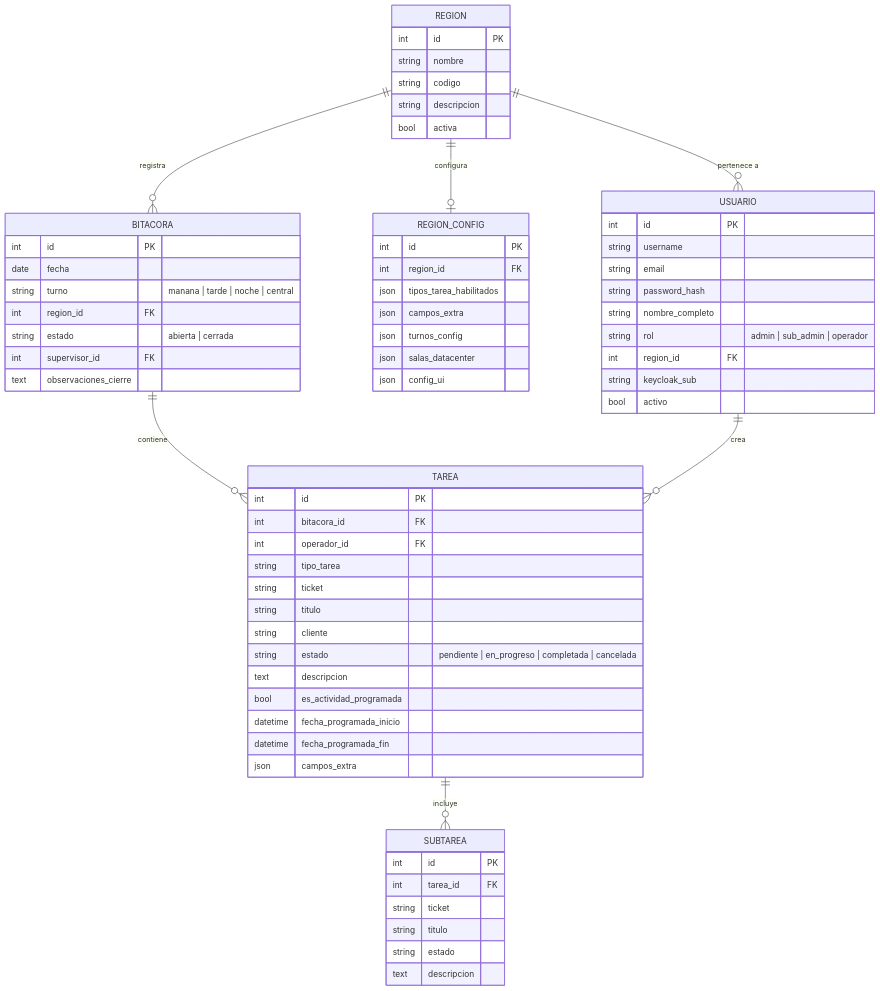
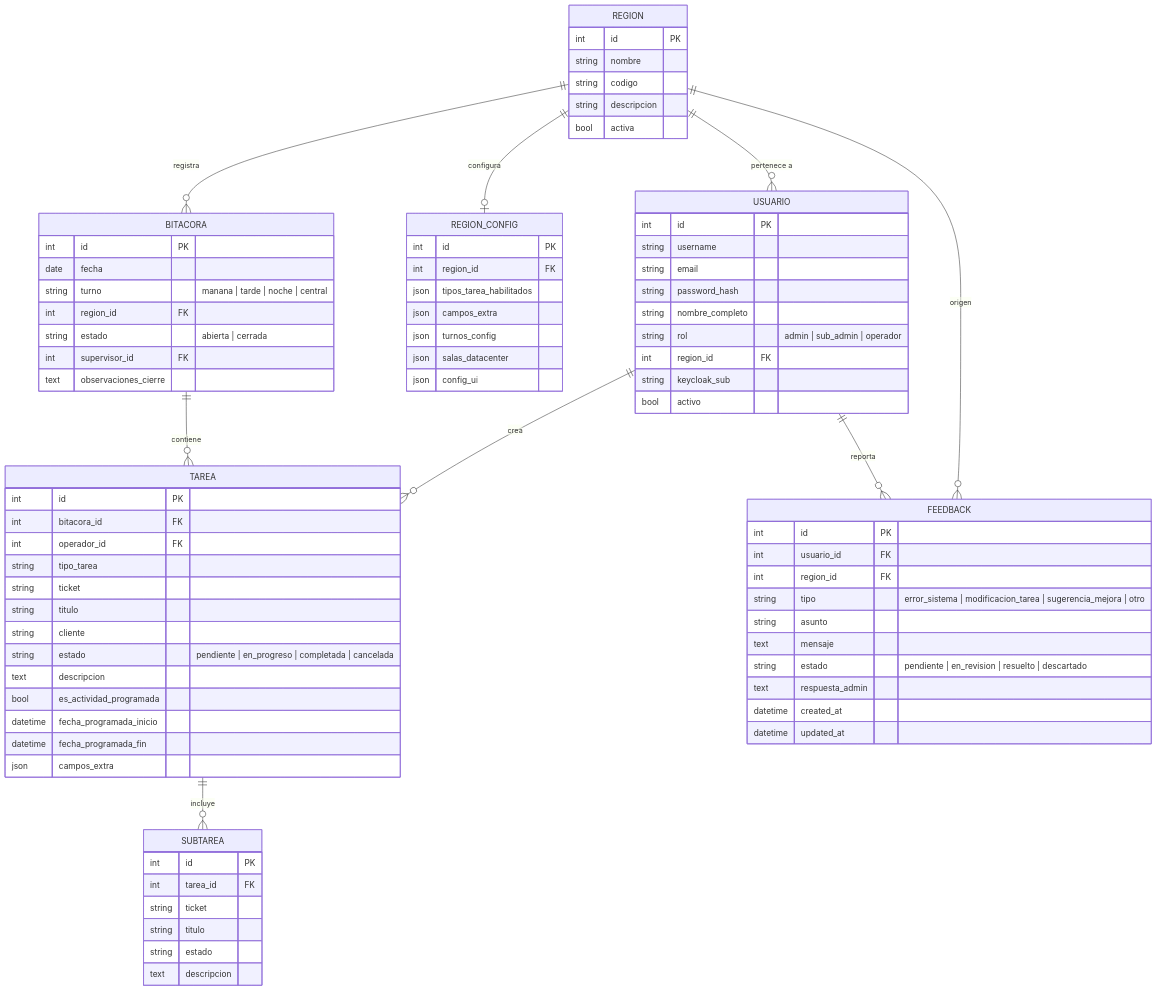
One commit to TomGarb/Bitacora_Diaria changed the diagram in IMPLEMENTATION_PLAN.md. Above: the diagram before and after it, drawn with Mermaid. The commit also changed other lines of this file and 22 other files, not shown here.

````diff
--- a/IMPLEMENTATION_PLAN.md
+++ b/IMPLEMENTATION_PLAN.md
@@ -81,6 +81,19 @@
         string estado
         text descripcion
     }
+
+    FEEDBACK {
+        int id PK
+        int usuario_id FK
+        int region_id FK
+        string tipo "error_sistema | modificacion_tarea | sugerencia_mejora | otro"
+        string asunto
+        text mensaje
+        string estado "pendiente | en_revision | resuelto | descartado"
+        text respuesta_admin
+        datetime created_at
+        datetime updated_at
+    }
     
     REGION ||--o{ USUARIO : "pertenece a"
     REGION ||--o| REGION_CONFIG : "configura"
@@ -88,4 +101,6 @@
     BITACORA ||--o{ TAREA : "contiene"
     TAREA ||--o{ SUBTAREA : "incluye"
     USUARIO ||--o{ TAREA : "crea"
+    USUARIO ||--o{ FEEDBACK : "reporta"
+    REGION ||--o{ FEEDBACK : "origen"
 ```
````
